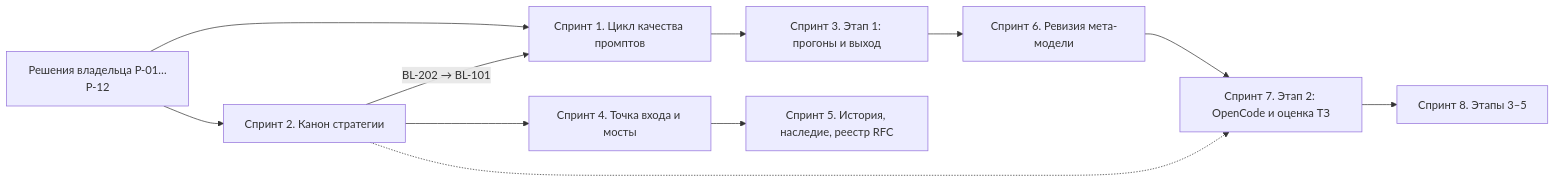
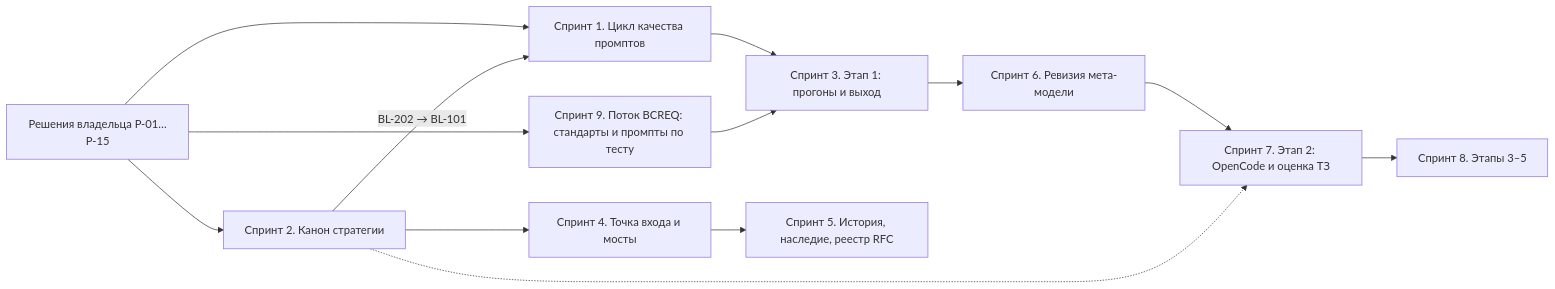
The diagram in pr-ops/BACKLOG.md (G-Ivan-A/mango_ba_prompts), drawn with Mermaid before and after one commit. The commit also changed other lines of this file and 3 other files, not shown here.

Commit message:
docs(issue-427): Sprint 9 in backlog — BCREQ flow standards and prompts by test, decisions Р-13…Р-15, tech debt S-009

````diff
--- a/pr-ops/BACKLOG.md
+++ b/pr-ops/BACKLOG.md
@@ -82,13 +84,15 @@
 ```mermaid
 flowchart LR
-    R["Решения владельца Р-01…Р-12"] --> S1["Спринт 1. Цикл качества промптов"]
+    R["Решения владельца Р-01…Р-15"] --> S1["Спринт 1. Цикл качества промптов"]
     R --> S2["Спринт 2. Канон стратегии"]
     S2 -->|"BL-202 → BL-101"| S1
     S1 --> S3["Спринт 3. Этап 1: прогоны и выход"]
     S3 --> S6["Спринт 6. Ревизия мета-модели"]
     S6 --> S7["Спринт 7. Этап 2: OpenCode и оценка ТЗ"]
     S7 --> S8["Спринт 8. Этапы 3–5"]
     S2 --> S4["Спринт 4. Точка входа и мосты"]
     S4 --> S5["Спринт 5. История, наследие, реестр RFC"]
     S2 -.-> S7
+    R --> S9["Спринт 9. Поток BCREQ: стандарты и промпты по тесту"]
+    S9 --> S3
 ```
````
